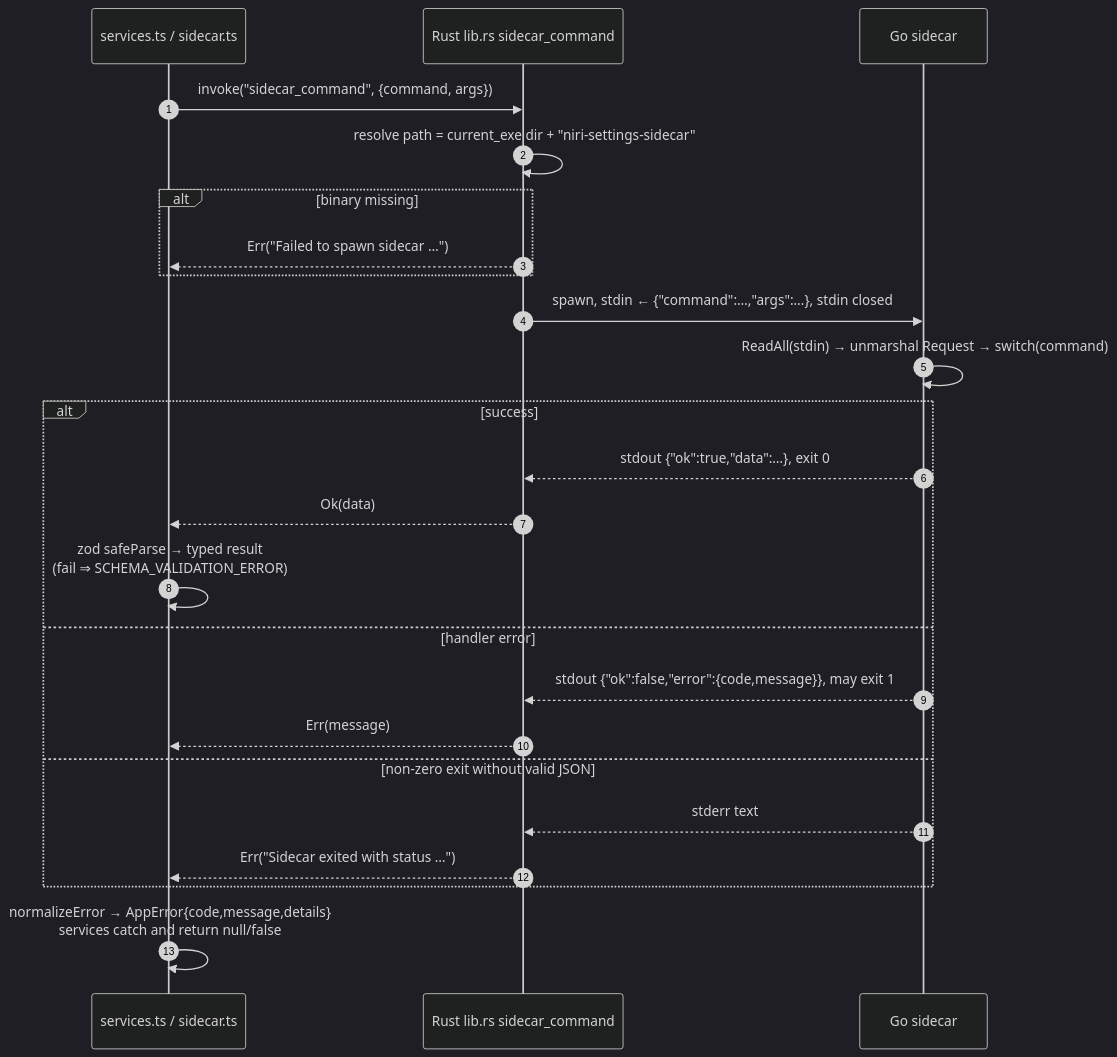
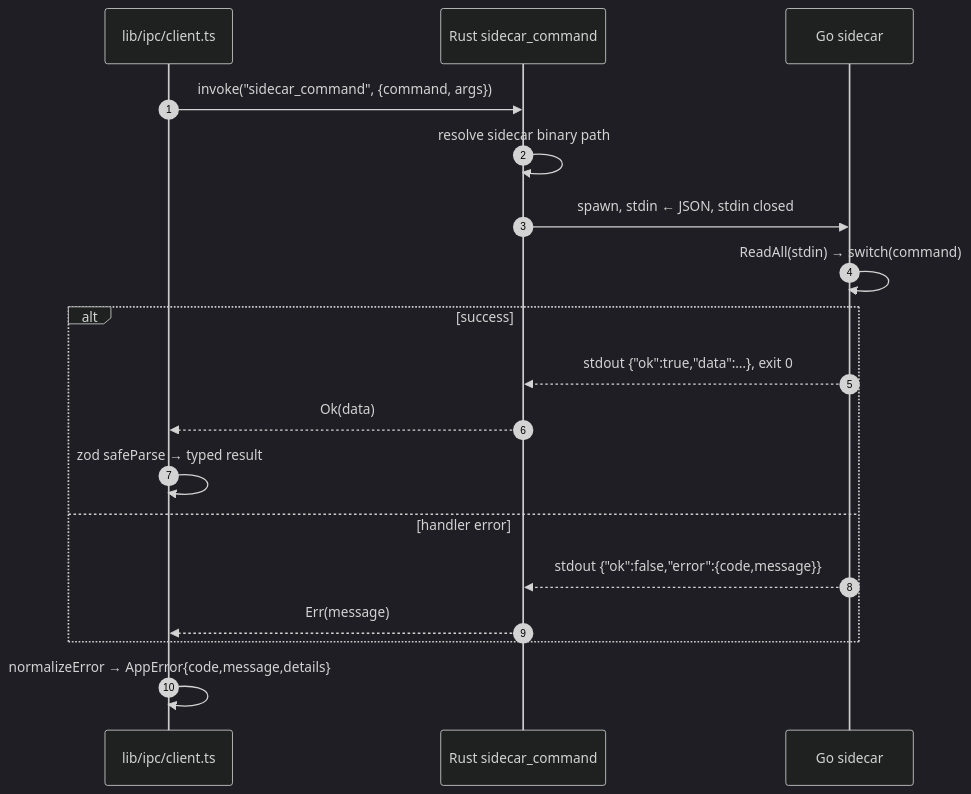
Before and after one commit to Lunga93/niri-settings: the third of 3 diagrams in docs/02 Execution Flow.md, drawn with Mermaid (dark theme). The commit also changed other lines of this file and 17 other files, not shown here.

````diff
--- a/docs/02 Execution Flow.md
+++ b/docs/02 Execution Flow.md
@@ -66,27 +56,21 @@
 ```mermaid
 sequenceDiagram
     autonumber
-    participant TS as services.ts / sidecar.ts
-    participant RS as Rust lib.rs sidecar_command
+    participant TS as lib/ipc/client.ts
+    participant RS as Rust sidecar_command
     participant GO as Go sidecar
 
     TS->>RS: invoke("sidecar_command", {command, args})
-    RS->>RS: resolve path = current_exe dir + "niri-settings-sidecar"
-    alt binary missing
-        RS-->>TS: Err("Failed to spawn sidecar …")
-    end
-    RS->>GO: spawn, stdin ← {"command":…,"args":…}, stdin closed
-    GO->>GO: ReadAll(stdin) → unmarshal Request → switch(command)
+    RS->>RS: resolve sidecar binary path
+    RS->>GO: spawn, stdin ← JSON, stdin closed
+    GO->>GO: ReadAll(stdin) → switch(command)
     alt success
         GO-->>RS: stdout {"ok":true,"data":…}, exit 0
         RS-->>TS: Ok(data)
-        TS->>TS: zod safeParse → typed result<br/>(fail ⇒ SCHEMA_VALIDATION_ERROR)
+        TS->>TS: zod safeParse → typed result
     else handler error
-        GO-->>RS: stdout {"ok":false,"error":{code,message}}, may exit 1
+        GO-->>RS: stdout {"ok":false,"error":{code,message}}
         RS-->>TS: Err(message)
-    else non-zero exit without valid JSON
-        GO-->>RS: stderr text
-        RS-->>TS: Err("Sidecar exited with status …")
     end
-    TS->>TS: normalizeError → AppError{code,message,details}<br/>services catch and return null/false
+    TS->>TS: normalizeError → AppError{code,message,details}
 ```
````
